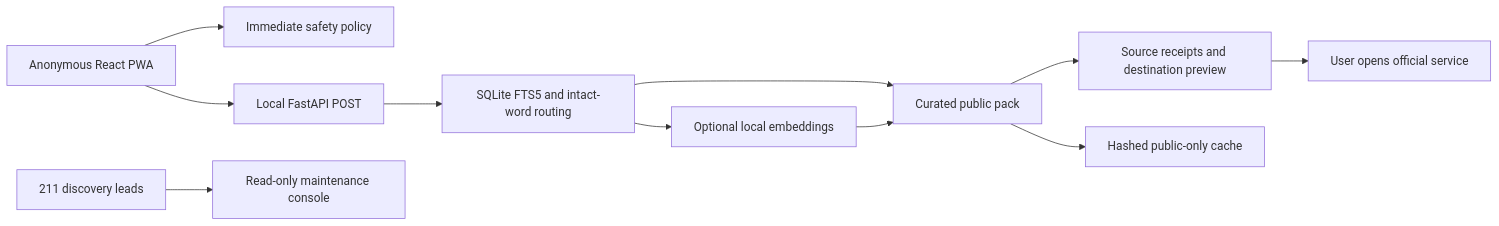
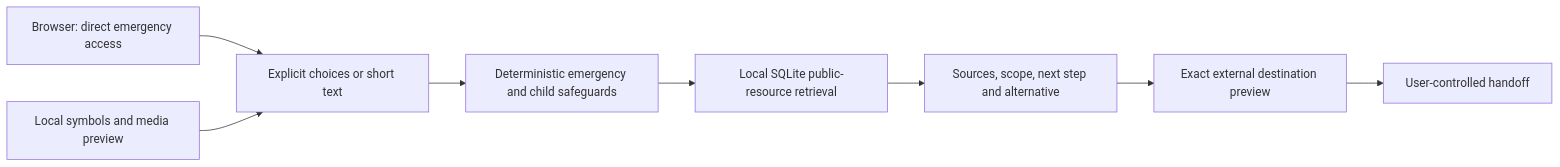
The diagram in README.md (Kriseva-AI/sakhi), drawn with Mermaid before and after one commit. The commit also changed other lines of this file and 18 other files, not shown here.

````diff
--- a/README.md
+++ b/README.md
@@ -183,13 +76,10 @@
 ```mermaid
 flowchart LR
-  B[Anonymous React PWA] --> S[Immediate safety policy]
-  B --> A[Local FastAPI POST]
-  A --> F[SQLite FTS5 and intact-word routing]
-  F --> P[Curated public pack]
-  F --> E[Optional local embeddings]
-  E --> P
-  P --> C[Source receipts and destination preview]
-  C --> O[User opens official service]
-  P --> W[Hashed public-only cache]
-  D[211 discovery leads] --> M[Read-only maintenance console]
+    A[Browser: direct emergency access] --> B[Explicit choices or short text]
+    B --> C[Deterministic emergency and child safeguards]
+    C --> D[Local SQLite public-resource retrieval]
+    D --> E[Sources, scope, next step and alternative]
+    E --> F[Exact external destination preview]
+    F --> G[User-controlled handoff]
+    M[Local symbols and media preview] --> B
 ```
````
